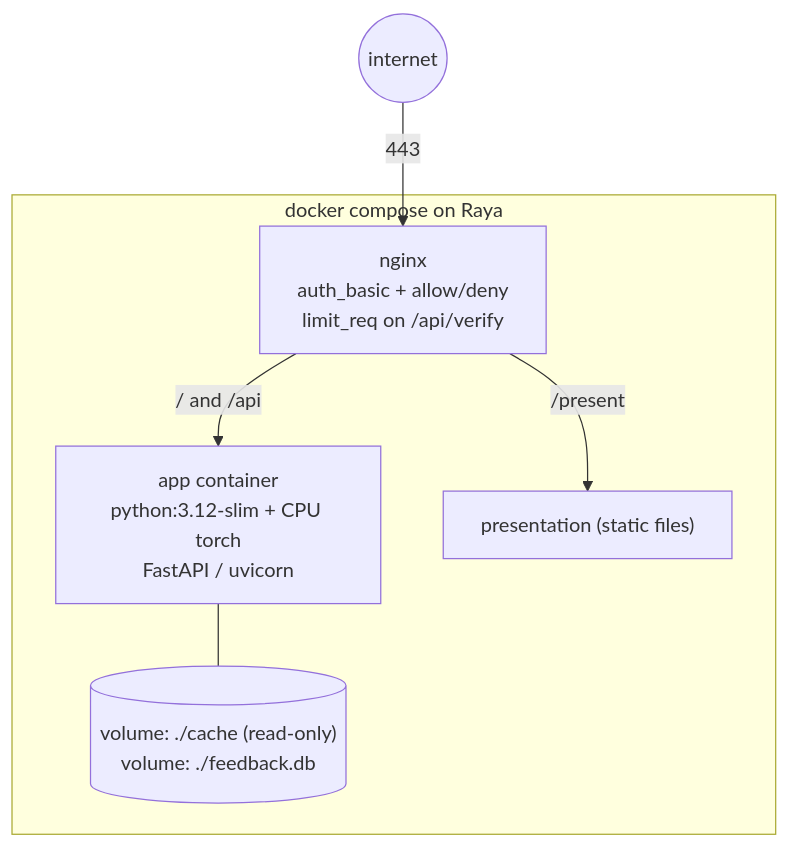
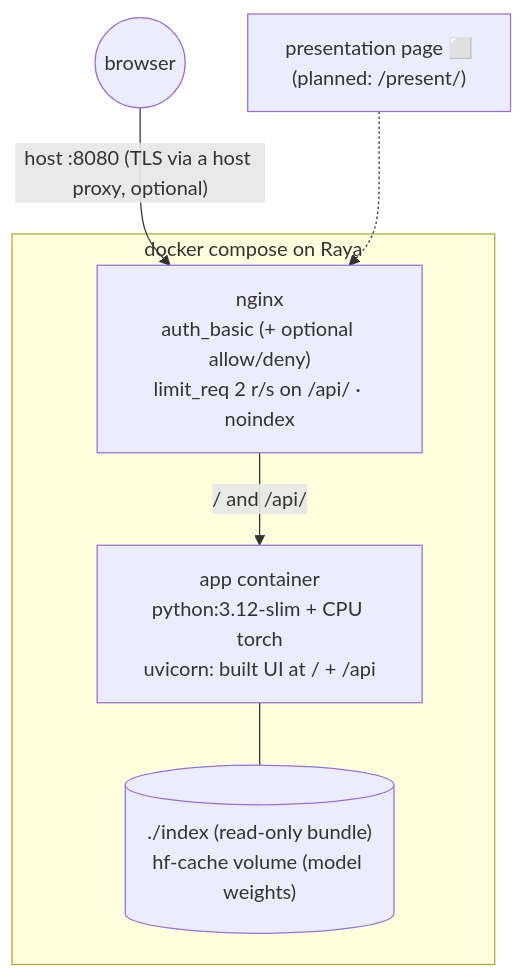
One commit to AAGF470/thinkstruct changed the sixth of 6 diagrams in ARCHITECTURE.md. Above: the diagram before and after it, drawn with Mermaid. The commit also changed other lines of this file, not shown here.

First line of the commit message:
Bring ARCHITECTURE.md in line with the built system

````diff
--- a/ARCHITECTURE.md
+++ b/ARCHITECTURE.md
@@ -146,12 +178,12 @@
 ```mermaid
 flowchart TB
-    NET(("internet")) -->|"443"| NGINX
+    NET(("browser")) -->|"host :8080 (TLS via a host proxy, optional)"| NGINX
     subgraph DOCKER["docker compose on Raya"]
-        NGINX["nginx<br/>auth_basic + allow/deny<br/>limit_req on /api/verify"]
-        APP["app container<br/>python:3.12-slim + CPU torch<br/>FastAPI / uvicorn"]
-        VOL[("volume: ./cache (read-only)<br/>volume: ./feedback.db")]
-        NGINX -->|"/ and /api"| APP
-        NGINX -->|"/present"| STATIC["presentation (static files)"]
+        NGINX["nginx<br/>auth_basic (+ optional allow/deny)<br/>limit_req 2 r/s on /api/ · noindex"]
+        APP["app container<br/>python:3.12-slim + CPU torch<br/>uvicorn: built UI at / + /api"]
+        VOL[("./index (read-only bundle)<br/>hf-cache volume (model weights)")]
+        NGINX -->|"/ and /api/"| APP
         APP --- VOL
     end
+    PRESF["presentation page ⬜<br/>(planned: /present/)"] -.-> NGINX
 ```
````
